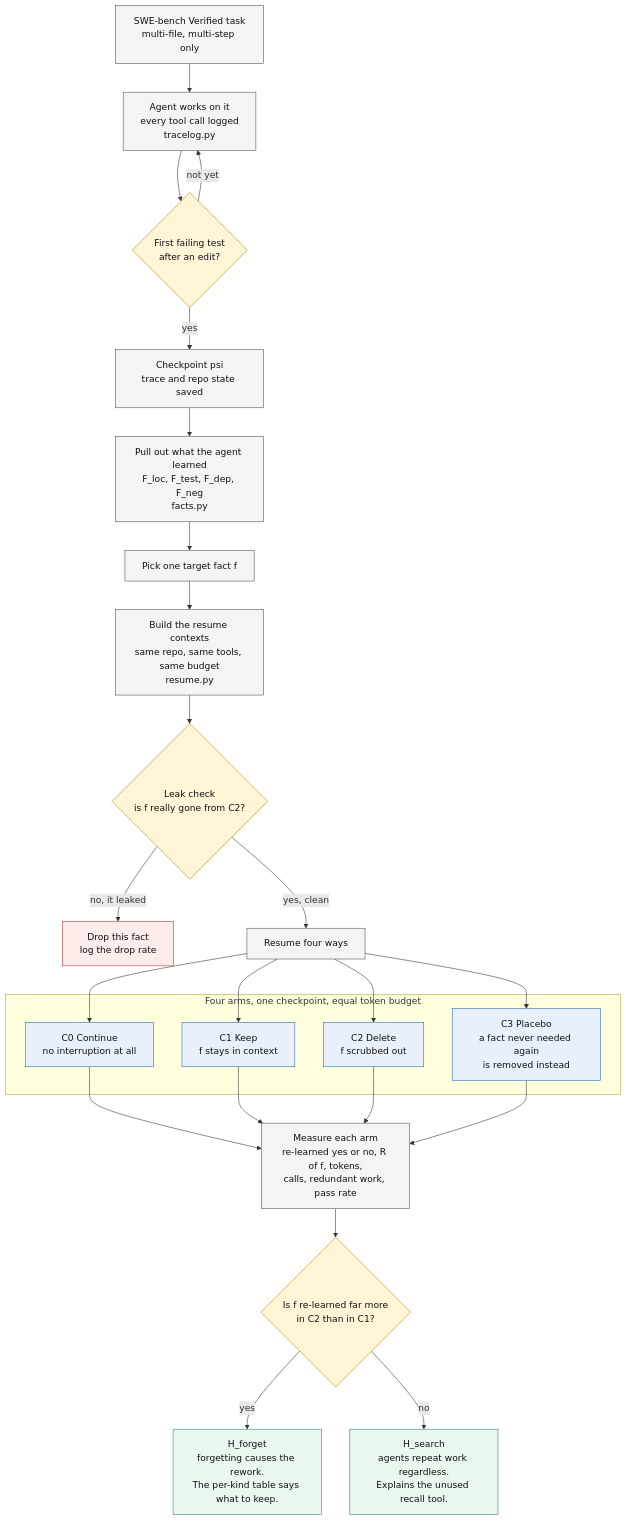
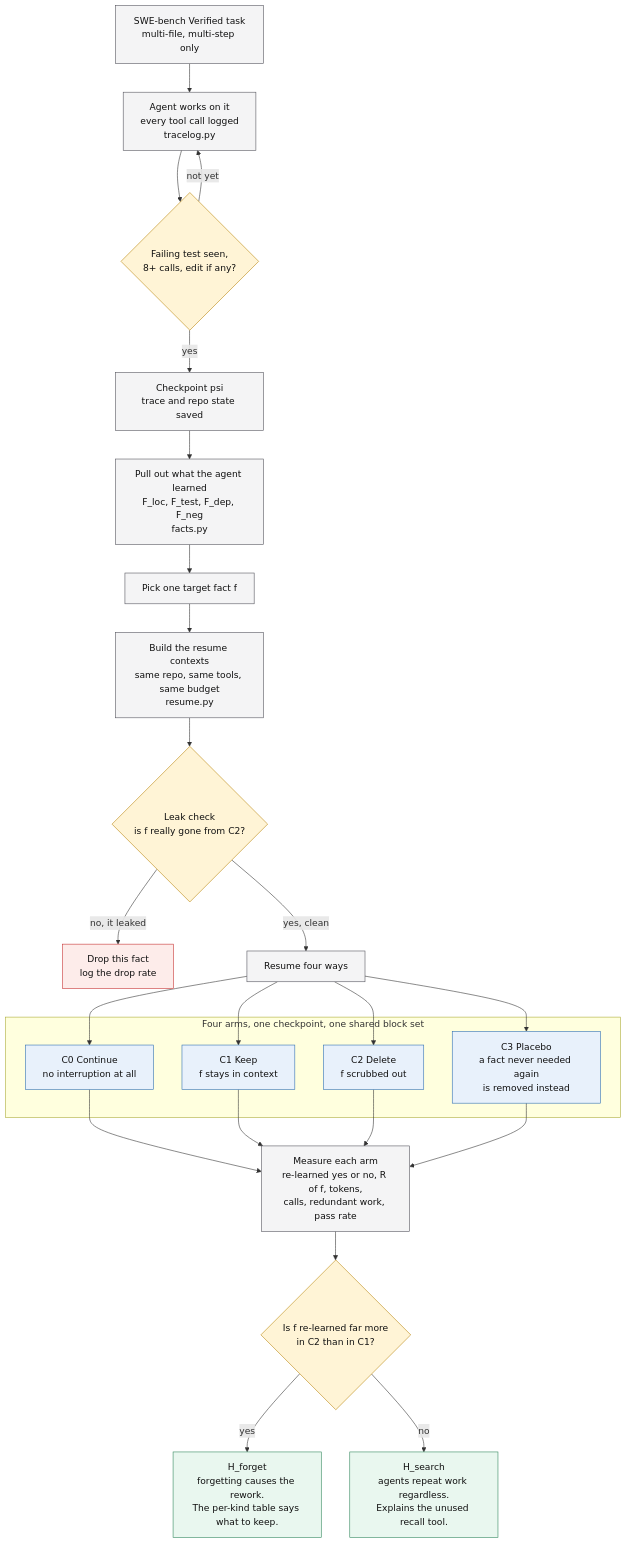
The first of 2 diagrams in RESEARCH-IDEA.md (17YuvrajSehgal/llm-context), drawn with Mermaid before and after one commit. The commit also changed other lines of this file, not shown here.

````diff
--- a/RESEARCH-IDEA.md
+++ b/RESEARCH-IDEA.md
@@ -125,53 +125,53 @@
 ```mermaid
 flowchart TD
     A["SWE-bench Verified task<br/>multi-file, multi-step only"]
     B["Agent works on it<br/>every tool call logged<br/>tracelog.py"]
-    C{"First failing test<br/>after an edit?"}
+    C{"Failing test seen,<br/>8+ calls, edit if any?"}
     D["Checkpoint psi<br/>trace and repo state saved"]
     E["Pull out what the agent learned<br/>F_loc, F_test, F_dep, F_neg<br/>facts.py"]
     F["Pick one target fact f"]
     G["Build the resume contexts<br/>same repo, same tools, same budget<br/>resume.py"]
     H{"Leak check<br/>is f really gone from C2?"}
     X["Drop this fact<br/>log the drop rate"]
     R["Resume four ways"]
 
-    subgraph ARMS["Four arms, one checkpoint, equal token budget"]
+    subgraph ARMS["Four arms, one checkpoint, one shared block set"]
         C0["C0 Continue<br/>no interruption at all"]
         C1["C1 Keep<br/>f stays in context"]
         C2["C2 Delete<br/>f scrubbed out"]
         C3["C3 Placebo<br/>a fact never needed again<br/>is removed instead"]
     end
 
     J["Measure each arm<br/>re-learned yes or no, R of f, tokens,<br/>calls, redundant work, pass rate"]
     K{"Is f re-learned far more<br/>in C2 than in C1?"}
     L["H_forget<br/>forgetting causes the rework.<br/>The per-kind table says what to keep."]
     M["H_search<br/>agents repeat work regardless.<br/>Explains the unused recall tool."]
 
     A --> B --> C
     C -- "not yet" --> B
     C -- "yes" --> D --> E --> F --> G --> H
     H -- "no, it leaked" --> X
     H -- "yes, clean" --> R
     R --> C0
     R --> C1
     R --> C2
     R --> C3
     C0 --> J
     C1 --> J
     C2 --> J
     C3 --> J
     J --> K
     K -- "yes" --> L
     K -- "no" --> M
 
     classDef gate fill:#fff4d6,stroke:#b8860b,color:#111111
     classDef arm fill:#e8f1fb,stroke:#2b6cb0,color:#111111
     classDef out fill:#e9f7ef,stroke:#2f855a,color:#111111
     classDef drop fill:#fdecea,stroke:#c53030,color:#111111
     classDef step fill:#f4f4f5,stroke:#52525b,color:#111111
     class C,H,K gate
     class C0,C1,C2,C3 arm
     class L,M out
     class X drop
     class A,B,D,E,F,G,R,J step
 ```
````
